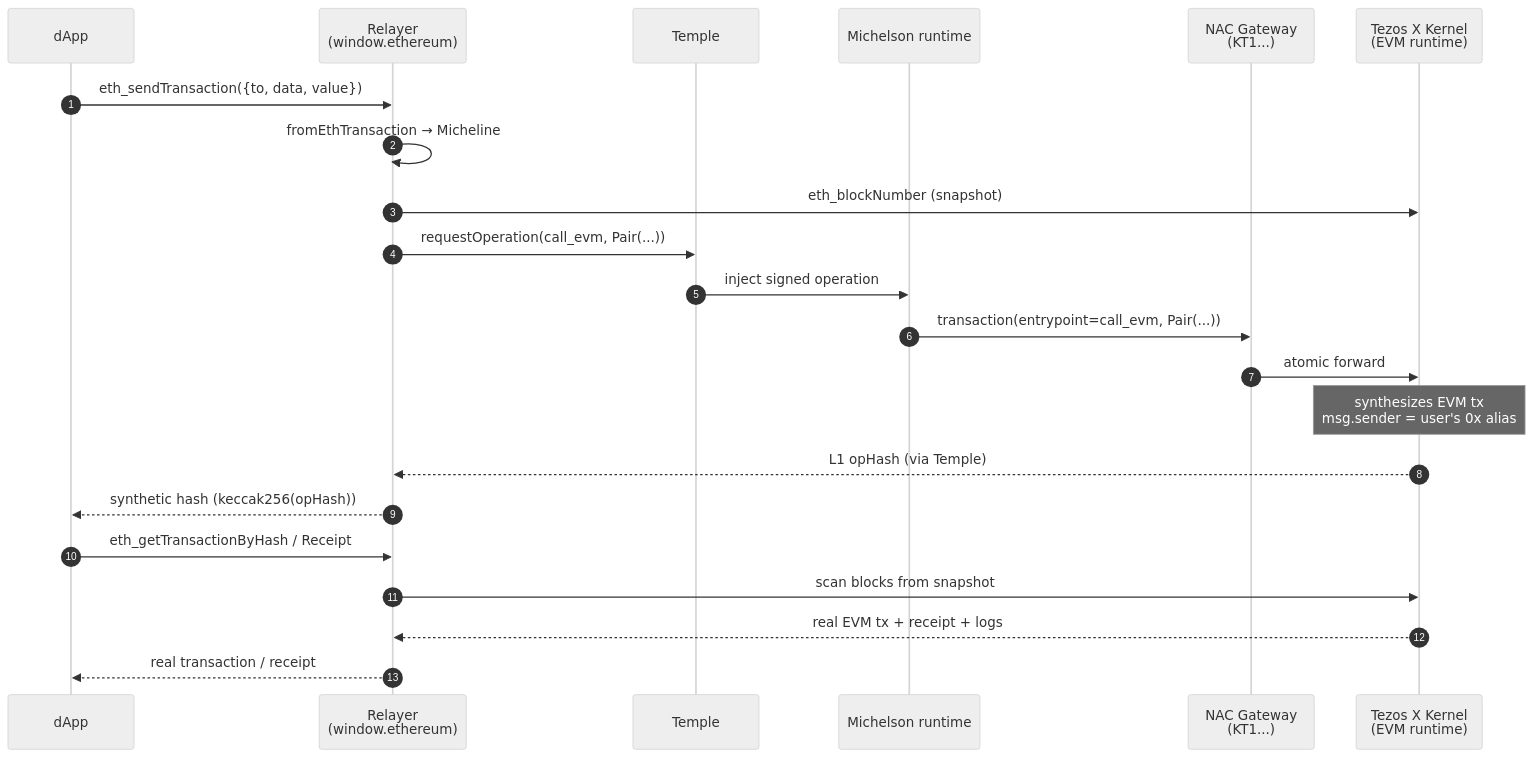
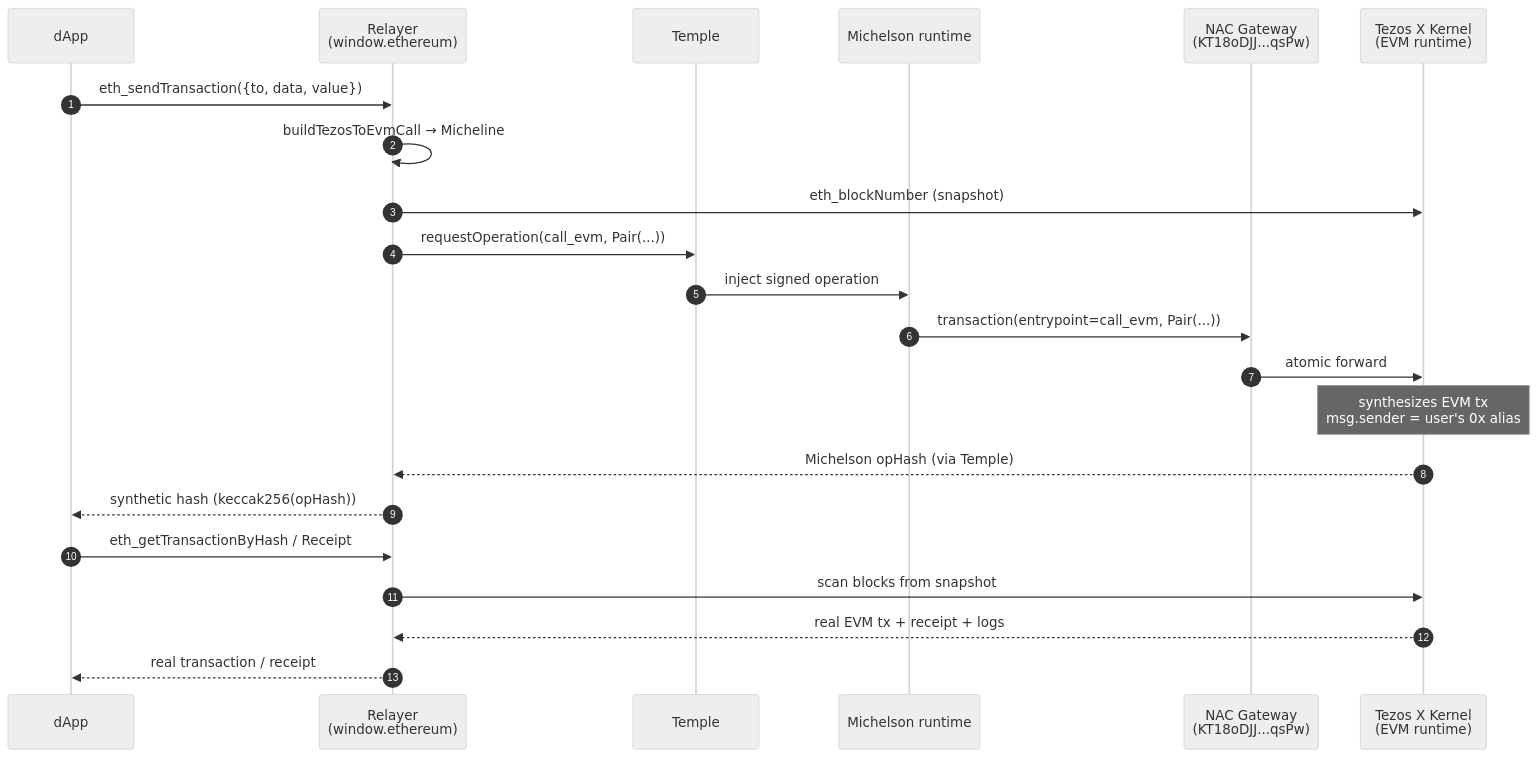
Before and after one commit to Rasalghulsslayer/tezos-x-wallet-mod: the diagram in website/docs/architecture/nac-gateway.md, drawn with Mermaid (neutral theme). The commit also changed other lines of this file and 57 other files, not shown here.

````diff
--- a/website/docs/architecture/nac-gateway.md
+++ b/website/docs/architecture/nac-gateway.md
@@ -76,25 +115,25 @@
 ```mermaid
 sequenceDiagram
     autonumber
     participant dApp
     participant Relayer as Relayer<br/>(window.ethereum)
     participant Temple
-    participant L1 as Michelson runtime
-    participant Gateway as NAC Gateway<br/>(KT1...)
+    participant Michelson as Michelson runtime
+    participant Gateway as NAC Gateway<br/>(KT18oDJJ...qsPw)
     participant Kernel as Tezos X Kernel<br/>(EVM runtime)
 
     dApp->>Relayer: eth_sendTransaction({to, data, value})
-    Relayer->>Relayer: fromEthTransaction → Micheline
+    Relayer->>Relayer: buildTezosToEvmCall → Micheline
     Relayer->>Kernel: eth_blockNumber (snapshot)
     Relayer->>Temple: requestOperation(call_evm, Pair(...))
-    Temple->>L1: inject signed operation
-    L1->>Gateway: transaction(entrypoint=call_evm, Pair(...))
+    Temple->>Michelson: inject signed operation
+    Michelson->>Gateway: transaction(entrypoint=call_evm, Pair(...))
     Gateway->>Kernel: atomic forward
     Note over Kernel: synthesizes EVM tx<br/>msg.sender = user's 0x alias
-    Kernel-->>Relayer: L1 opHash (via Temple)
+    Kernel-->>Relayer: Michelson opHash (via Temple)
     Relayer-->>dApp: synthetic hash (keccak256(opHash))
     dApp->>Relayer: eth_getTransactionByHash / Receipt
     Relayer->>Kernel: scan blocks from snapshot
     Kernel-->>Relayer: real EVM tx + receipt + logs
     Relayer-->>dApp: real transaction / receipt
 ```
````
